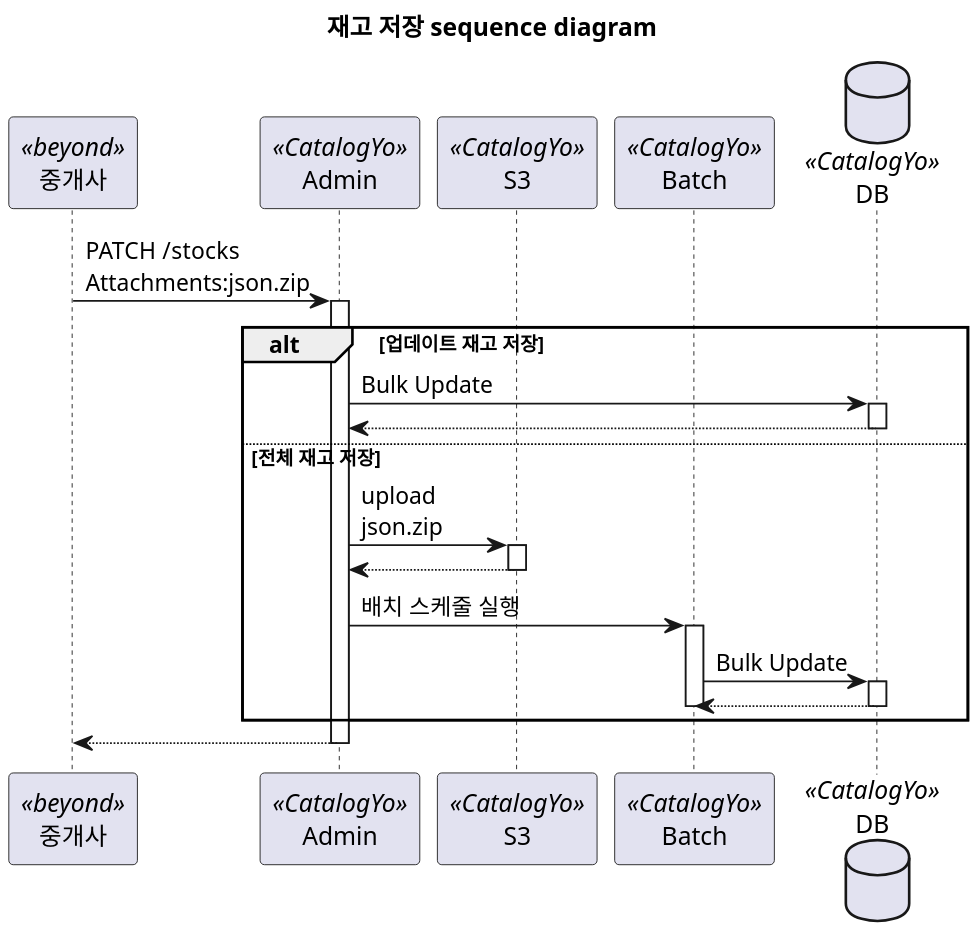
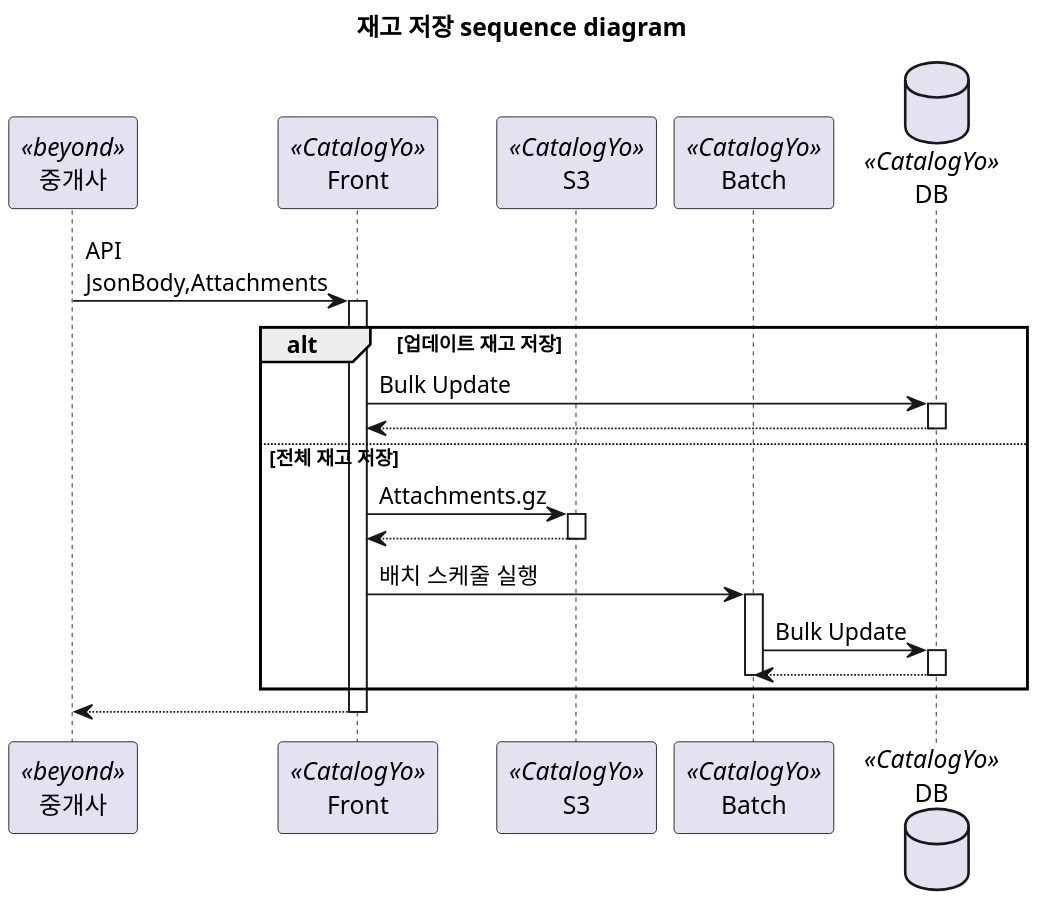
The diagram in stock-sequence.plantuml (koo-bonsoo/plantuml), drawn with PlantUML before and after one commit.

```diff
--- a/stock-sequence.plantuml
+++ b/stock-sequence.plantuml
@@ -1,48 +1,48 @@
 @startuml 재고 저장 sequence diagram 
 skinparam defaultFontName D2Coding
 
 scale 2
 title 재고 저장 sequence diagram 
 
 participant 중개사<<beyond>>
-participant Admin<<CatalogYo>>
+participant Front<<CatalogYo>>
 participant S3<<CatalogYo>>
 participant Batch<<CatalogYo>>
 database DB<<CatalogYo>>
 
-중개사 -> Admin : PATCH /stocks \nAttachments:json.zip
-activate Admin
+중개사 -> Front : API \nJsonBody,Attachments
+activate Front
 
 alt 업데이트 재고 저장
 
-    Admin -> DB : Bulk Update
+    Front -> DB : Bulk Update
     activate DB
 
-    DB --> Admin
+    DB --> Front
     deactivate DB
     
 else 전체 재고 저장
-    Admin -> S3 : upload\njson.zip
+    Front -> S3 : Attachments.gz
     activate S3
 
-    S3 --> Admin
+    S3 --> Front
     deactivate S3
 
-    Admin -> Batch : 배치 스케줄 실행
+    Front -> Batch : 배치 스케줄 실행
     activate Batch 
 
     Batch -> DB : Bulk Update
     activate DB
 
     DB --> Batch
     deactivate DB
     deactivate Batch
 
 
 end
 
-    Admin --> 중개사
-    deactivate Admin
+    Front --> 중개사
+    deactivate Front
 
 
 @enduml
```
